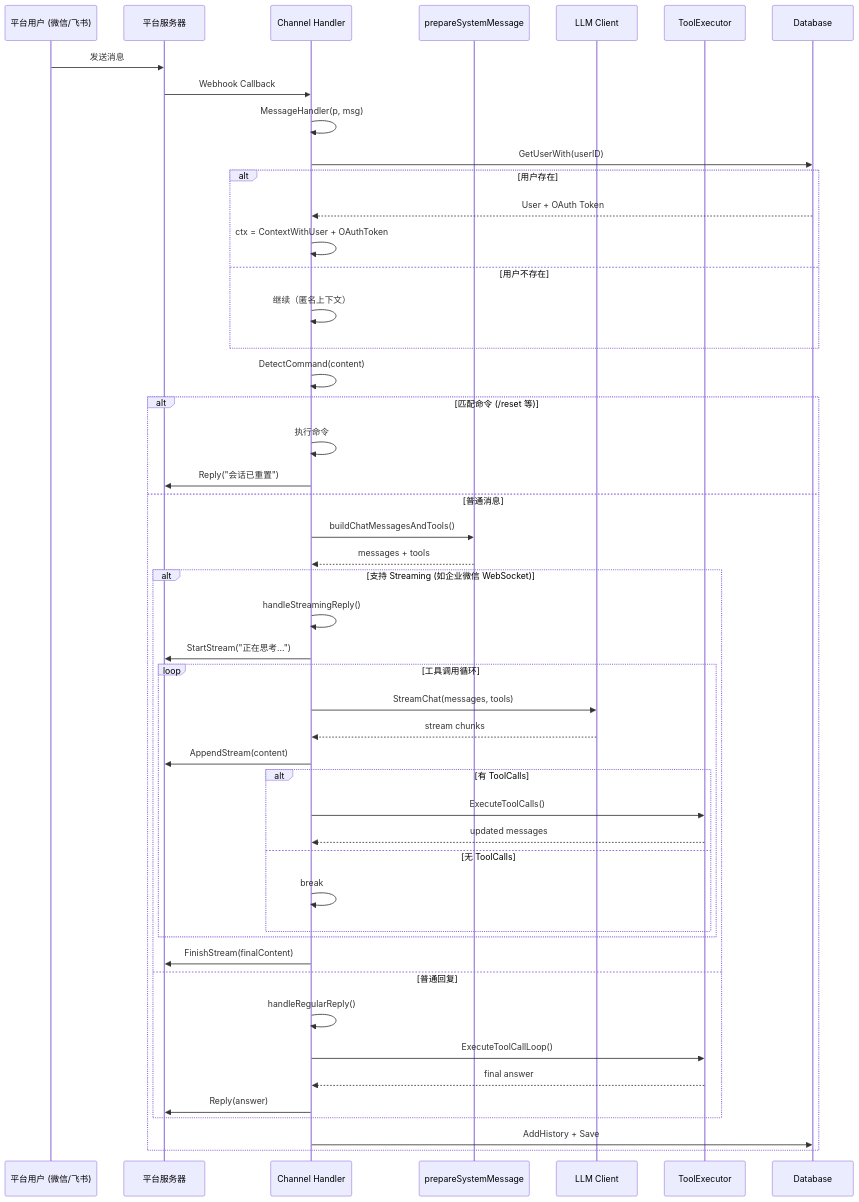
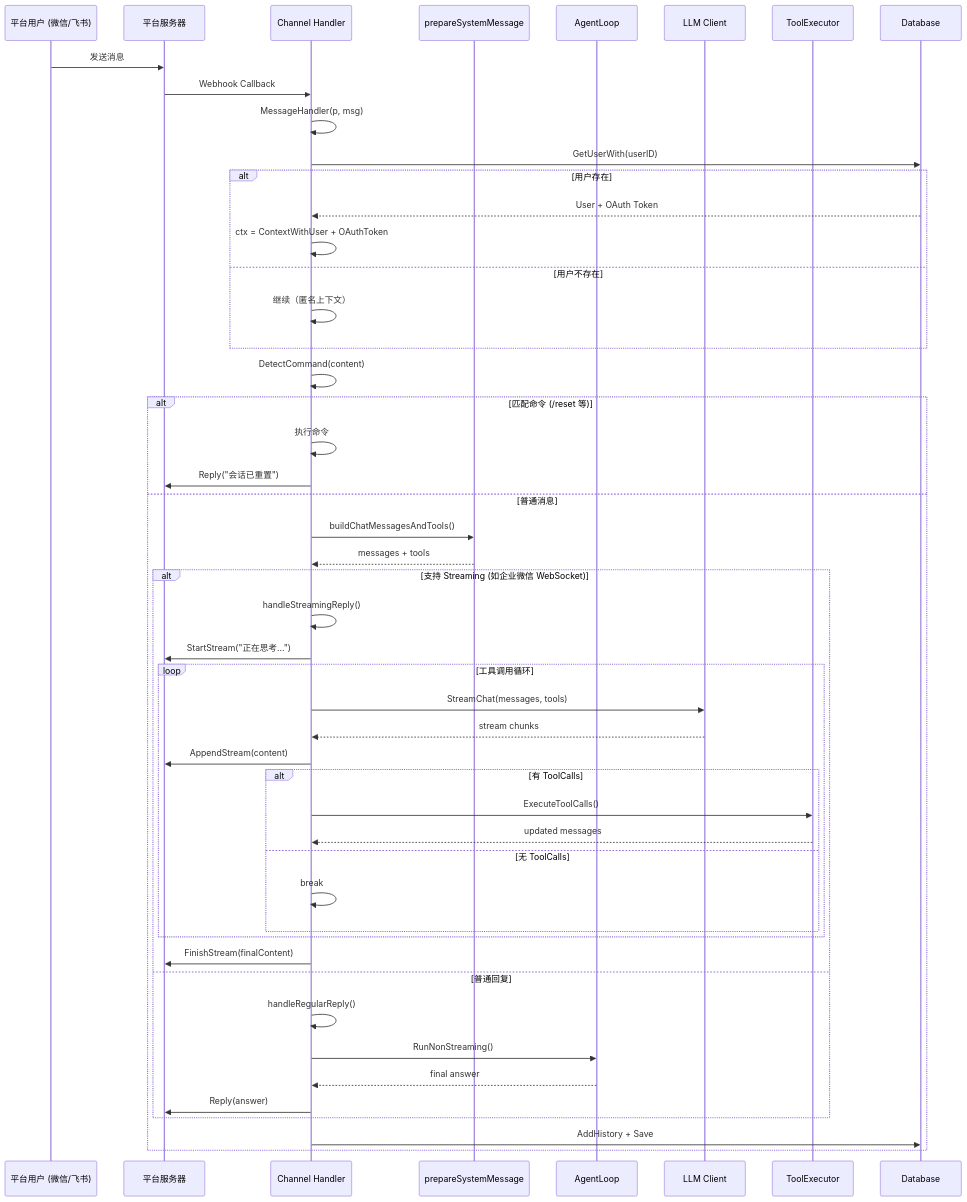
Before and after one commit to liut/morign: the third of 7 diagrams in docs/WORKFLOWS.md, drawn with Mermaid. The commit also changed other lines of this file and 11 other files, not shown here.

First line of the commit message:
fix(agent): 保证每个 tool_call 都有配对的 tool result

````diff
--- a/docs/WORKFLOWS.md
+++ b/docs/WORKFLOWS.md
@@ -90,55 +92,56 @@
 ```mermaid
 sequenceDiagram
     participant User as 平台用户 (微信/飞书)
     participant Platform as 平台服务器
     participant CH as Channel Handler
     participant Prep as prepareSystemMessage
+    participant AL as AgentLoop
     participant LLM as LLM Client
     participant TE as ToolExecutor
     participant DB as Database
 
     User->>Platform: 发送消息
     Platform->>CH: Webhook Callback
     CH->>CH: MessageHandler(p, msg)
 
     CH->>DB: GetUserWith(userID)
     alt 用户存在
         DB-->>CH: User + OAuth Token
         CH->>CH: ctx = ContextWithUser + OAuthToken
     else 用户不存在
         CH->>CH: 继续（匿名上下文）
     end
 
     CH->>CH: DetectCommand(content)
     alt 匹配命令 (/reset 等)
         CH->>CH: 执行命令
         CH->>Platform: Reply("会话已重置")
     else 普通消息
         CH->>Prep: buildChatMessagesAndTools()
         Prep-->>CH: messages + tools
 
         alt 支持 Streaming (如企业微信 WebSocket)
             CH->>CH: handleStreamingReply()
             CH->>Platform: StartStream("正在思考...")
             loop 工具调用循环
                 CH->>LLM: StreamChat(messages, tools)
                 LLM-->>CH: stream chunks
                 CH->>Platform: AppendStream(content)
                 alt 有 ToolCalls
                     CH->>TE: ExecuteToolCalls()
                     TE-->>CH: updated messages
                 else 无 ToolCalls
                     CH->>CH: break
                 end
             end
             CH->>Platform: FinishStream(finalContent)
         else 普通回复
             CH->>CH: handleRegularReply()
-            CH->>TE: ExecuteToolCallLoop()
-            TE-->>CH: final answer
+            CH->>AL: RunNonStreaming()
+            AL-->>CH: final answer
             CH->>Platform: Reply(answer)
         end
 
         CH->>DB: AddHistory + Save
     end
 ```
````
